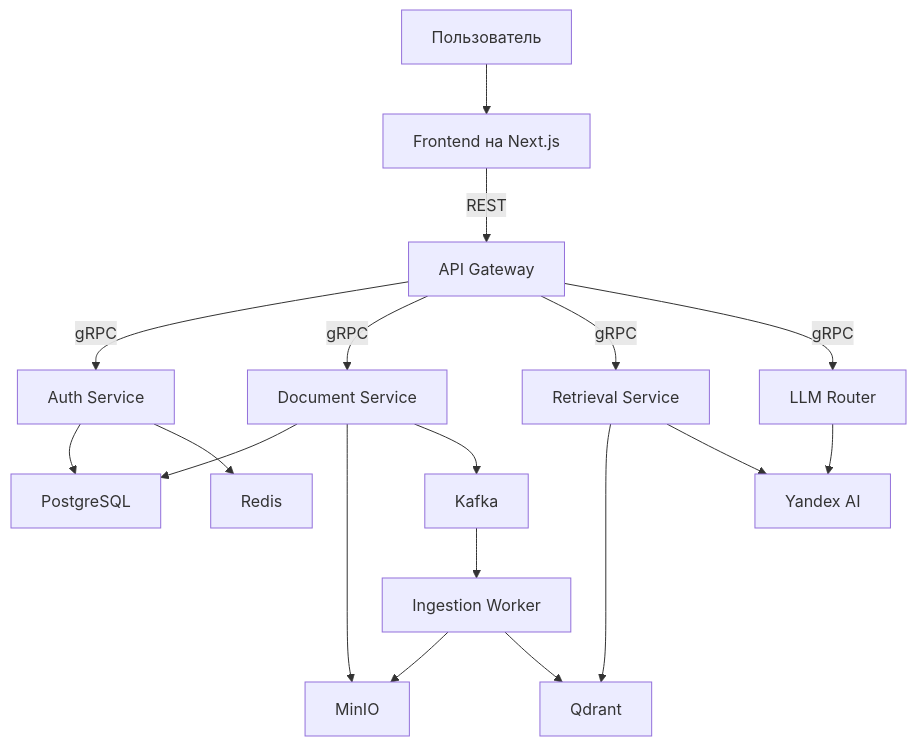
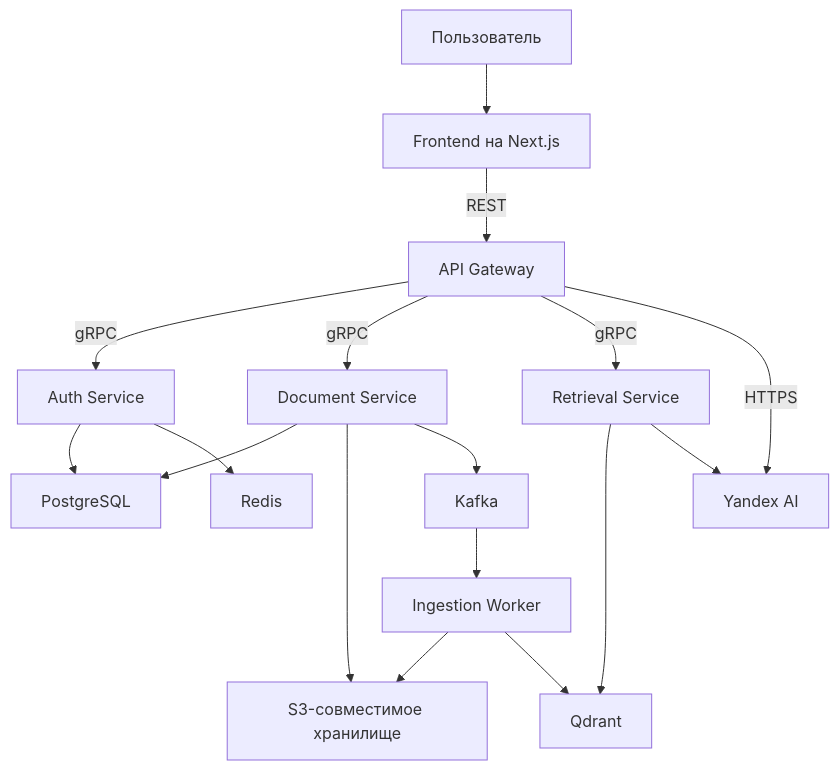
The diagram in README.md (netabakovv/rag-as-service), drawn with Mermaid before and after one commit. The commit also changed other lines of this file, not shown here.

````diff
--- a/README.md
+++ b/README.md
@@ -11,22 +11,21 @@
 ```mermaid
 flowchart TB
     User[Пользователь] --> Frontend[Frontend на Next.js]
     Frontend -->|REST| Gateway[API Gateway]
 
     Gateway -->|gRPC| Auth[Auth Service]
     Gateway -->|gRPC| Document[Document Service]
     Gateway -->|gRPC| Retrieval[Retrieval Service]
-    Gateway -->|gRPC| LLM[LLM Router]
+    Gateway -->|HTTPS| YandexAI[Yandex AI]
 
     Auth --> PostgreSQL
     Auth --> Redis
     Document --> PostgreSQL
-    Document --> MinIO
+    Document --> Storage[S3-совместимое хранилище]
     Document --> Kafka
     Kafka --> Worker[Ingestion Worker]
-    Worker --> MinIO
+    Worker --> Storage
     Worker --> Qdrant
     Retrieval --> Qdrant
-    Retrieval --> YandexAI[Yandex AI]
-    LLM --> YandexAI
+    Retrieval --> YandexAI
 ```
````
